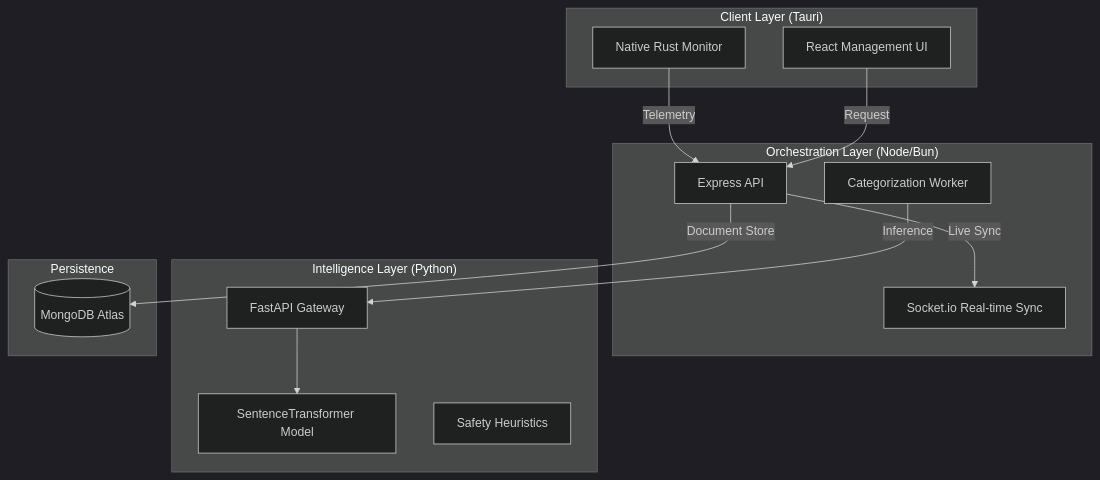
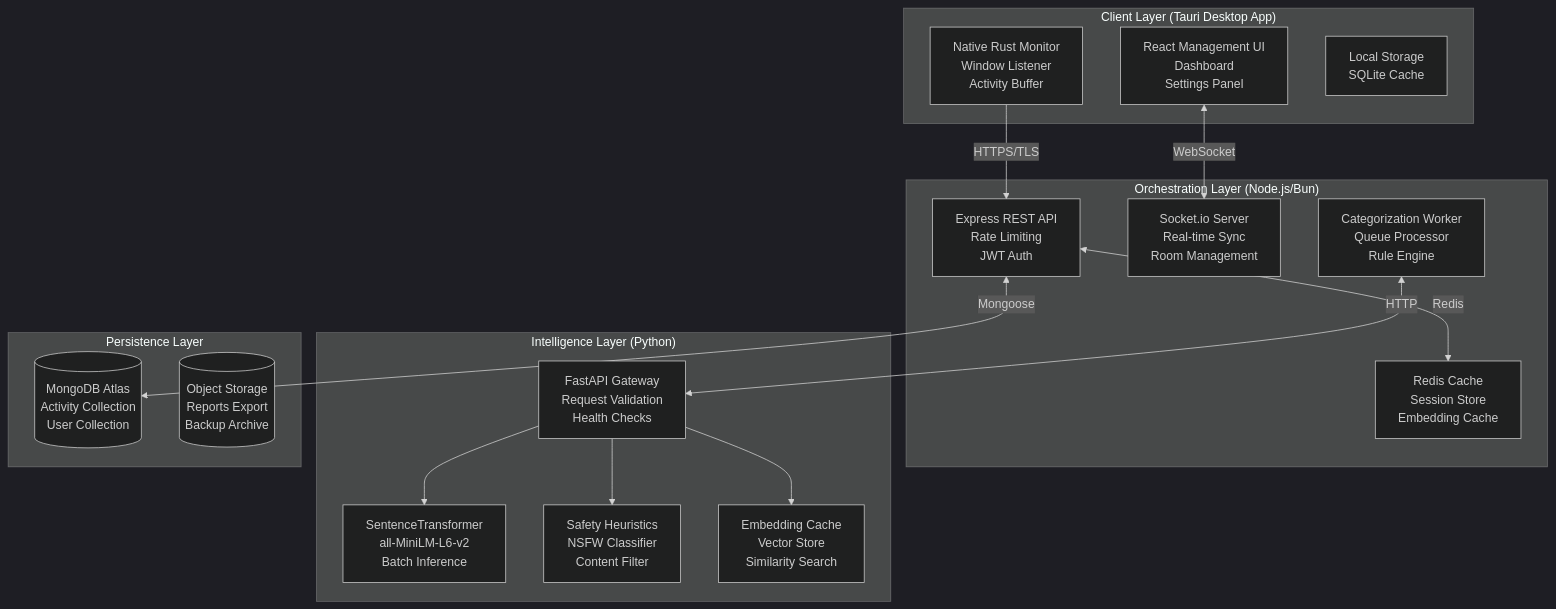
The diagram in README.md (Anurup-R-Krishnan/FocusBoard), drawn with Mermaid (dark theme) before and after one commit. The commit also changed other lines of this file and 8 other files, not shown here.

````diff
--- a/README.md
+++ b/README.md
@@ -48,30 +196,36 @@
 ```mermaid
 graph TD
-    subgraph "Client Layer (Tauri)"
-        Rust[Native Rust Monitor]
-        React[React Management UI]
+    subgraph "Client Layer (Tauri Desktop App)"
+        RUST[Native Rust Monitor<br/>Window Listener<br/>Activity Buffer]
+        REACT[React Management UI<br/>Dashboard<br/>Settings Panel]
+        LOCAL[Local Storage<br/>SQLite Cache]
     end
 
-    subgraph "Orchestration Layer (Node/Bun)"
-        API[Express API]
-        Worker[Categorization Worker]
-        WS[Socket.io Real-time Sync]
+    subgraph "Orchestration Layer (Node.js/Bun)"
+        API[Express REST API<br/>Rate Limiting<br/>JWT Auth]
+        WS[Socket.io Server<br/>Real-time Sync<br/>Room Management]
+        WORKER[Categorization Worker<br/>Queue Processor<br/>Rule Engine]
+        CACHE[Redis Cache<br/>Session Store<br/>Embedding Cache]
     end
 
     subgraph "Intelligence Layer (Python)"
-        FastAPI[FastAPI Gateway]
-        NLP[SentenceTransformer Model]
-        Safety[Safety Heuristics]
+        FAST[FastAPI Gateway<br/>Request Validation<br/>Health Checks]
+        NLP[SentenceTransformer<br/>all-MiniLM-L6-v2<br/>Batch Inference]
+        SAFE[Safety Heuristics<br/>NSFW Classifier<br/>Content Filter]
+        EMBED[Embedding Cache<br/>Vector Store<br/>Similarity Search]
     end
 
-    subgraph "Persistence"
-        Mongo[(MongoDB Atlas)]
+    subgraph "Persistence Layer"
+        MONGO[(MongoDB Atlas<br/>Activity Collection<br/>User Collection)]
+        S3[(Object Storage<br/>Reports Export<br/>Backup Archive)]
     end
 
-    Rust -->|Telemetry| API
-    React -->|Request| API
-    API -->|Live Sync| WS
-    Worker -->|Inference| FastAPI
-    FastAPI --> NLP
-    API -->|Document Store| Mongo
+    RUST -->|HTTPS/TLS| API
+    REACT <-->|WebSocket| WS
+    API <-->|Redis| CACHE
+    API <-->|Mongoose| MONGO
+    WORKER <-->|HTTP| FAST
+    FAST --> NLP
+    FAST --> SAFE
+    FAST --> EMBED
 ```
````
